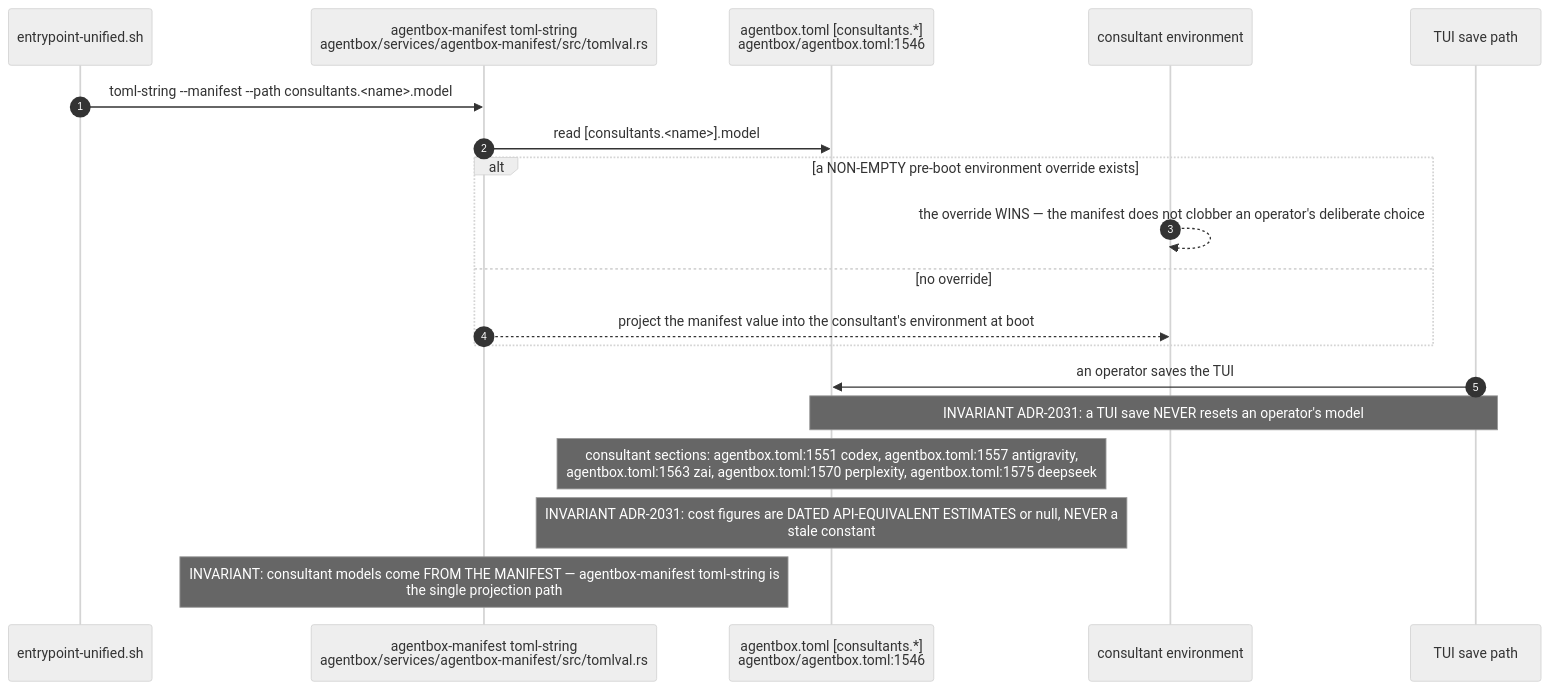
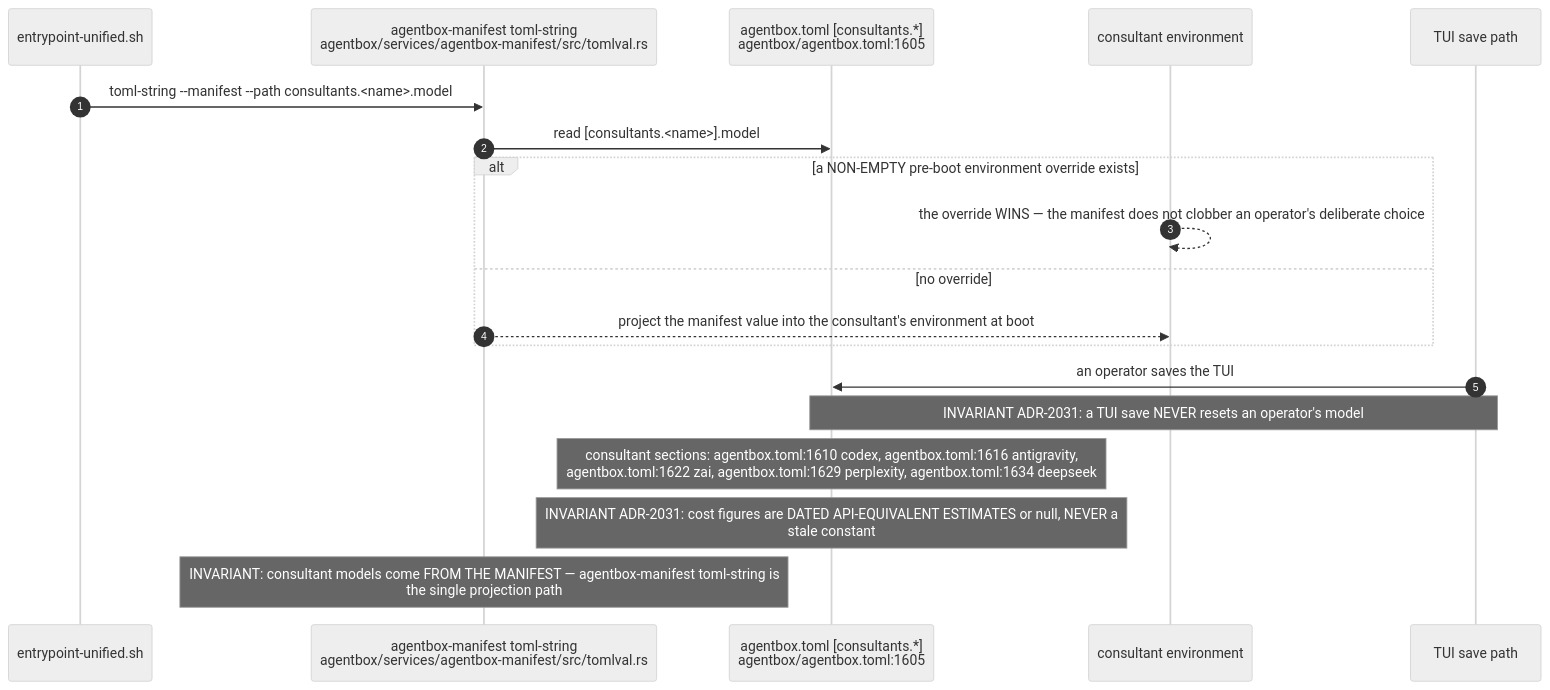
The third of 10 diagrams in docs/diagrams/agentbox/28-agentbox-services-and-manifest-binary.md (DreamLab-AI/VisionFlow), drawn with Mermaid (neutral theme) before and after one commit. The commit also changed other lines of this file and 160 other files, not shown here.

````diff
--- a/docs/diagrams/agentbox/28-agentbox-services-and-manifest-binary.md
+++ b/docs/diagrams/agentbox/28-agentbox-services-and-manifest-binary.md
@@ -181,22 +189,22 @@
 ```mermaid
 sequenceDiagram
     autonumber
     participant EP as entrypoint-unified.sh
     participant BIN as agentbox-manifest toml-string<br/>agentbox/services/agentbox-manifest/src/tomlval.rs
-    participant TOML as agentbox.toml [consultants.*]<br/>agentbox/agentbox.toml:1546
+    participant TOML as agentbox.toml [consultants.*]<br/>agentbox/agentbox.toml:1605
     participant ENV as consultant environment
     participant TUI as TUI save path
 
     EP->>BIN: toml-string --manifest --path consultants.<name>.model
     BIN->>TOML: read [consultants.<name>].model
     alt a NON-EMPTY pre-boot environment override exists
         ENV-->>ENV: the override WINS — the manifest does not clobber an operator's deliberate choice
     else no override
         BIN-->>ENV: project the manifest value into the consultant's environment at boot
     end
     TUI->>TOML: an operator saves the TUI
     Note over TUI,TOML: INVARIANT ADR-2031: a TUI save NEVER resets an operator's model
-    Note over TOML: consultant sections: agentbox.toml:1551 codex, agentbox.toml:1557 antigravity,<br/>agentbox.toml:1563 zai, agentbox.toml:1570 perplexity, agentbox.toml:1575 deepseek
+    Note over TOML: consultant sections: agentbox.toml:1610 codex, agentbox.toml:1616 antigravity,<br/>agentbox.toml:1622 zai, agentbox.toml:1629 perplexity, agentbox.toml:1634 deepseek
     Note over TOML: INVARIANT ADR-2031: cost figures are DATED API-EQUIVALENT ESTIMATES or null, NEVER a<br/>stale constant
     Note over BIN: INVARIANT: consultant models come FROM THE MANIFEST — agentbox-manifest toml-string is<br/>the single projection path
 ```
````
